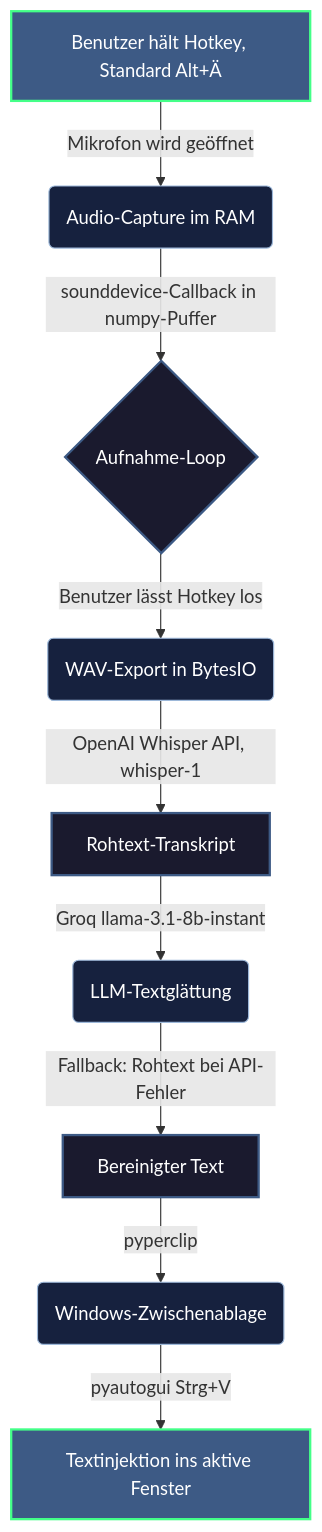
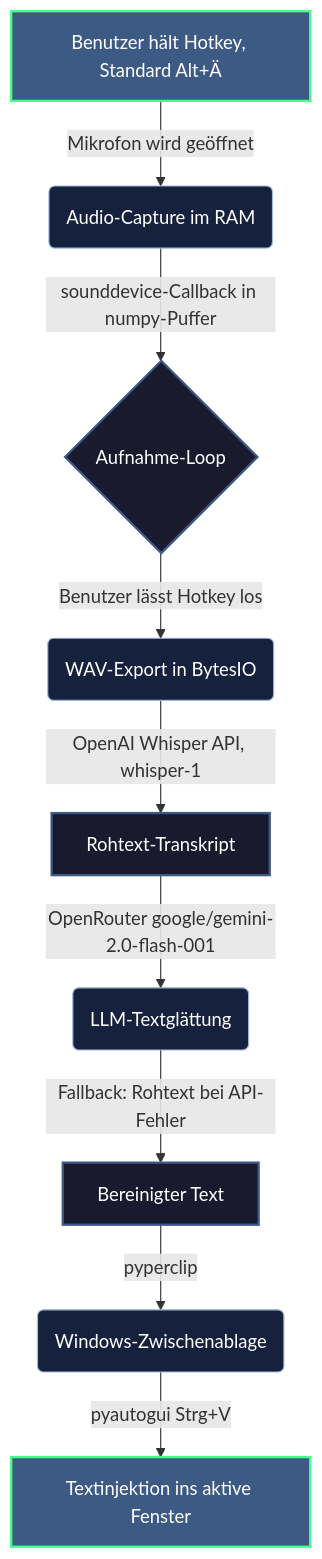
One commit to HeartledAgentEngineer/it-ot-agentic-engineering changed the diagram in 02_Softwareentwicklung_IT/typeFREE/README.md. Above: the diagram before and after it, drawn with Mermaid. The commit also changed other lines of this file and 2 other files, not shown here.

````diff
--- a/02_Softwareentwicklung_IT/typeFREE/README.md
+++ b/02_Softwareentwicklung_IT/typeFREE/README.md
@@ -25,19 +25,19 @@
 ```mermaid
 graph TD
     %% Styling
     classDef default fill:#1a1a2e,stroke:#3d5a85,stroke-width:2px,color:#ffffff;
     classDef process fill:#16213e,stroke:#9db8d9,stroke-width:1px,color:#ffffff;
     classDef highlight fill:#3d5a85,stroke:#44ff88,stroke-width:2px,color:#ffffff;
 
     A[Benutzer hält Hotkey, Standard Alt+Ä] -->|Mikrofon wird geöffnet| B(Audio-Capture im RAM)
     B -->|sounddevice-Callback in numpy-Puffer| C{Aufnahme-Loop}
     C -->|Benutzer lässt Hotkey los| D(WAV-Export in BytesIO)
     D -->|OpenAI Whisper API, whisper-1| E[Rohtext-Transkript]
-    E -->|Groq llama-3.1-8b-instant| F(LLM-Textglättung)
+    E -->|OpenRouter google/gemini-2.0-flash-001| F(LLM-Textglättung)
     F -->|Fallback: Rohtext bei API-Fehler| G[Bereinigter Text]
     G -->|pyperclip| H(Windows-Zwischenablage)
     H -->|pyautogui Strg+V| I[Textinjektion ins aktive Fenster]
 
     class A,I highlight;
     class B,D,F,H process;
 ```
````
